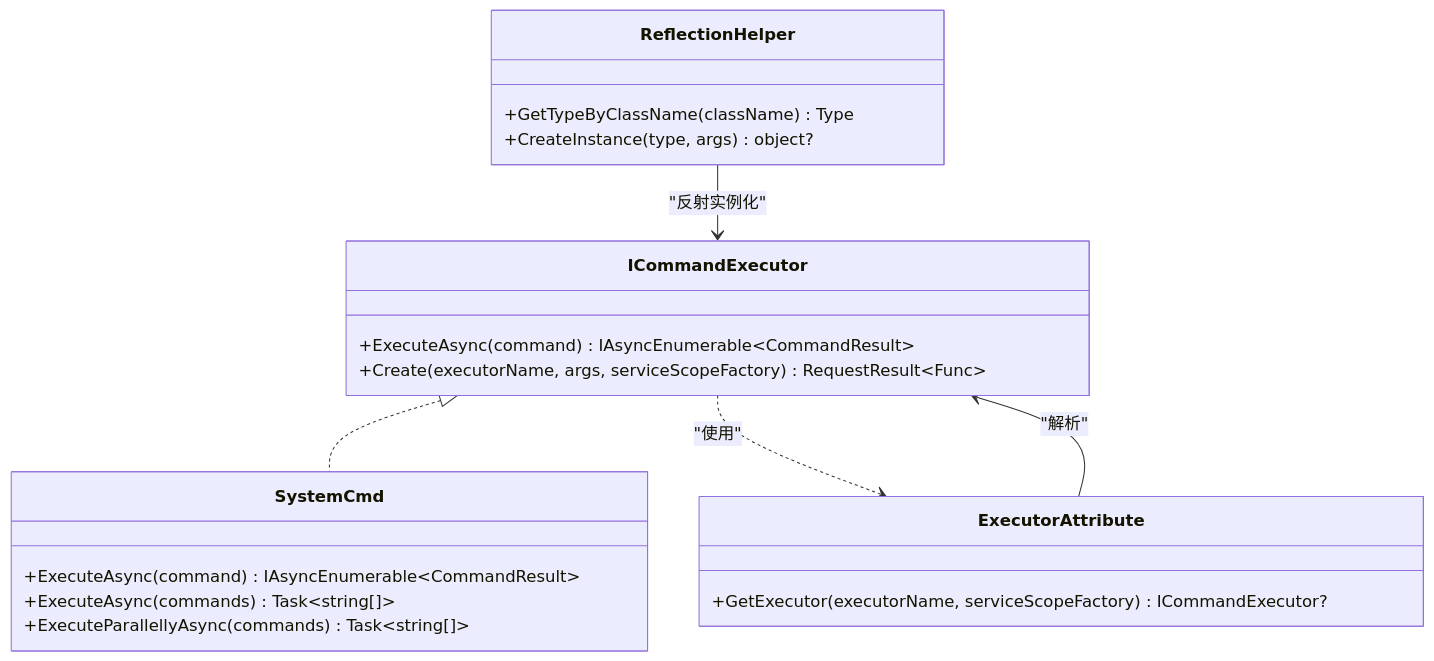
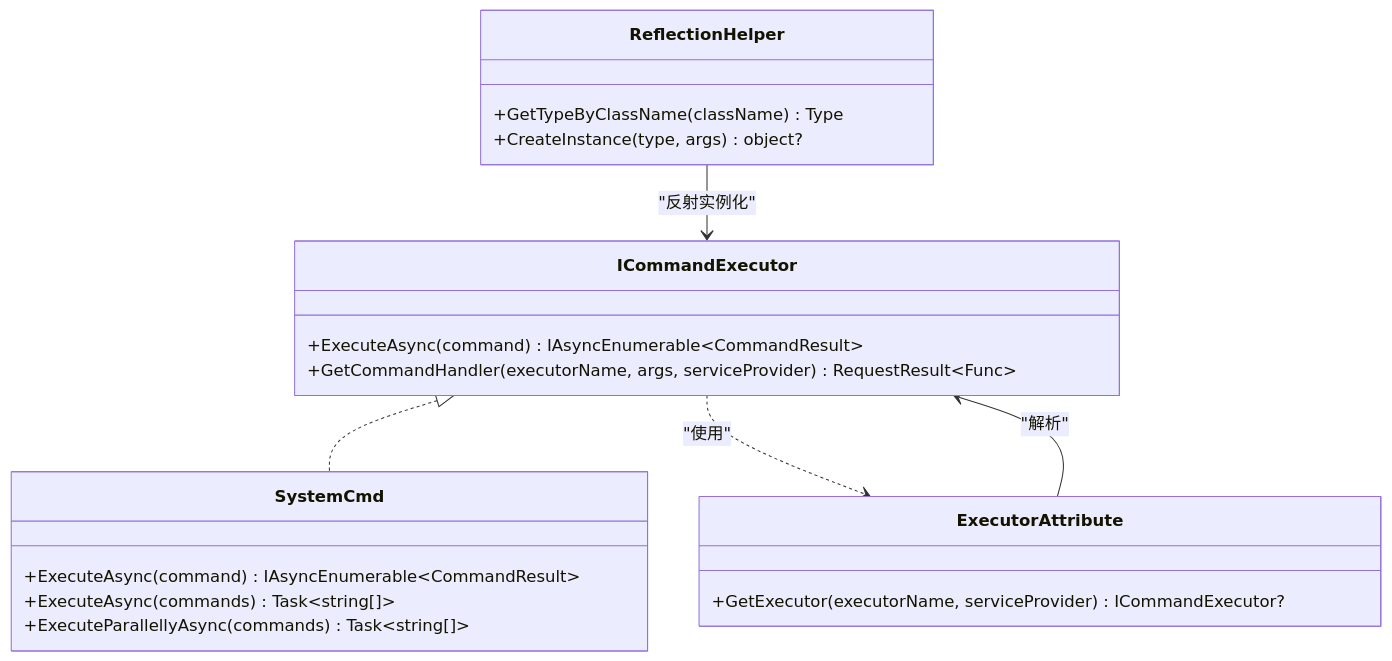
Before and after one commit to Sosososolong/AirGo: the fourth of 10 diagrams in .qoder/repowiki/zh/content/项目概述/核心特性/远程主机管理/命令执行器系统.md, drawn with Mermaid. The commit also changed other lines of this file and 7 other files, not shown here.

````diff
--- a/.qoder/repowiki/zh/content/项目概述/核心特性/远程主机管理/命令执行器系统.md
+++ b/.qoder/repowiki/zh/content/项目概述/核心特性/远程主机管理/命令执行器系统.md
@@ -292,23 +301,23 @@
 ```mermaid
 classDiagram
 class ICommandExecutor {
 +ExecuteAsync(command) IAsyncEnumerable~CommandResult~
-+Create(executorName, args, serviceScopeFactory) RequestResult~Func~
++GetCommandHandler(executorName, args, serviceProvider) RequestResult~Func~
 }
 class SystemCmd {
 +ExecuteAsync(command) IAsyncEnumerable~CommandResult~
 +ExecuteAsync(commands) Task~string[]~
 +ExecuteParallellyAsync(commands) Task~string[]~
 }
 class ExecutorAttribute {
-+GetExecutor(executorName, serviceScopeFactory) ICommandExecutor?
++GetExecutor(executorName, serviceProvider) ICommandExecutor?
 }
 class ReflectionHelper {
 +GetTypeByClassName(className) Type
 +CreateInstance(type, args) object?
 }
 ICommandExecutor <|.. SystemCmd
 ICommandExecutor ..> ExecutorAttribute : "使用"
 ExecutorAttribute --> ICommandExecutor : "解析"
 ReflectionHelper --> ICommandExecutor : "反射实例化"
 ```
````
